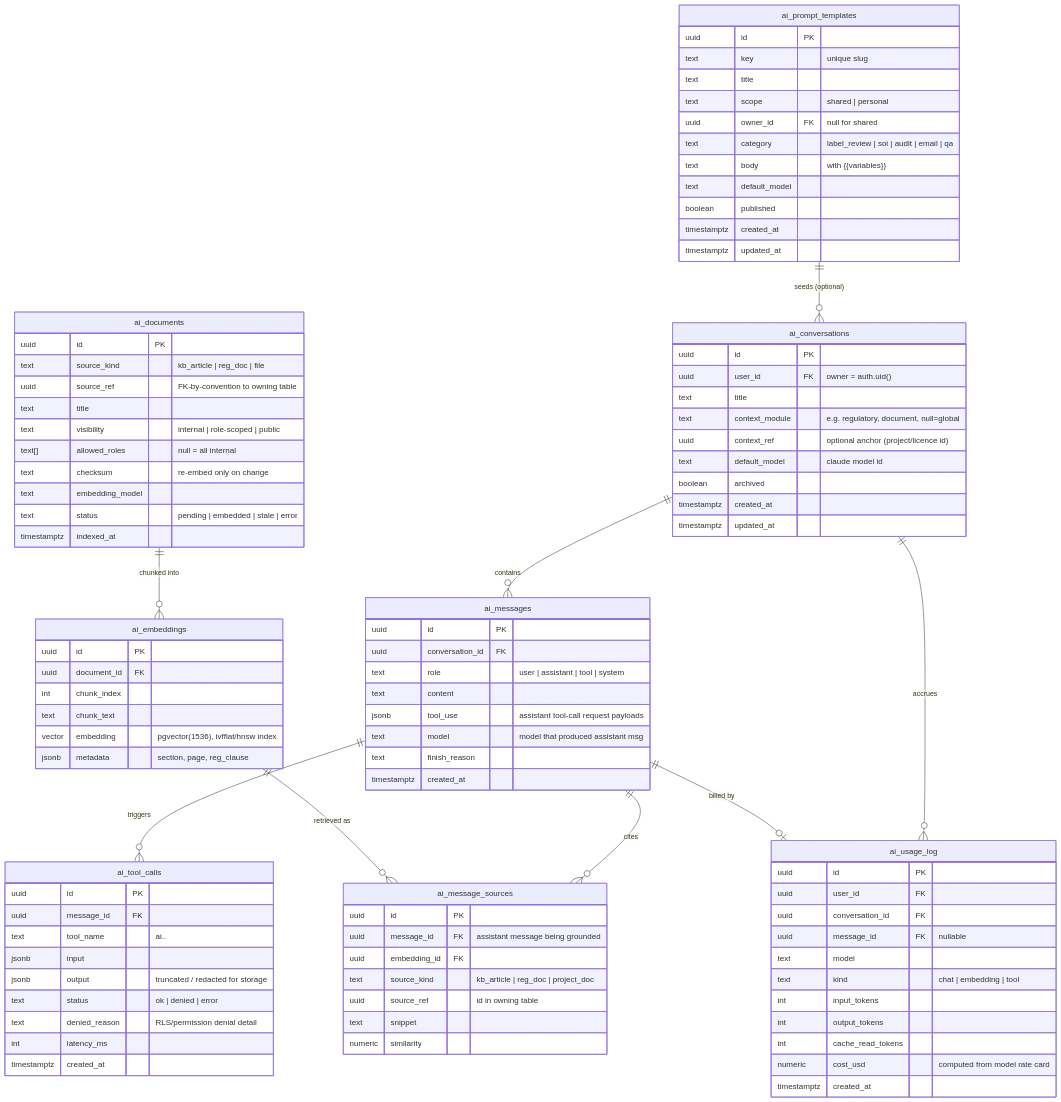
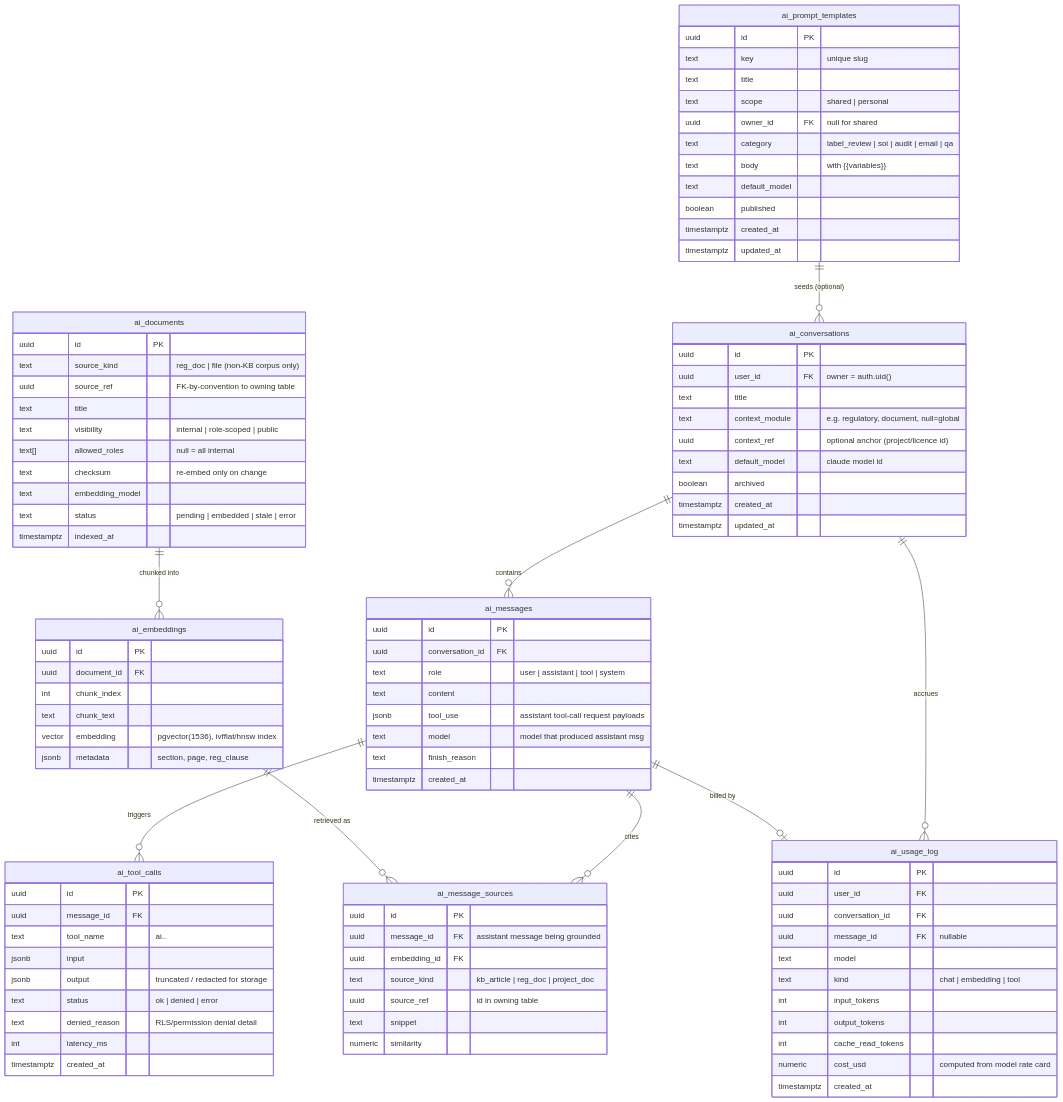
The third of 4 diagrams in docs/architecture/modules/ai-assistant.md (taruntps/tps-oms), drawn with Mermaid before and after one commit. The commit also changed other lines of this file and 13 other files, not shown here.

First line of the commit message:
docs(arch): enterprise architecture validation + remediation (blueprint frozen v1.0)

```diff
--- a/docs/architecture/modules/ai-assistant.md
+++ b/docs/architecture/modules/ai-assistant.md
@@ -160,7 +168,7 @@
   }
   ai_documents {
     uuid id PK
-    text source_kind "kb_article | reg_doc | file"
+    text source_kind "reg_doc | file (non-KB corpus only)"
     uuid source_ref "FK-by-convention to owning table"
     text title
     text visibility "internal | role-scoped | public"
```
